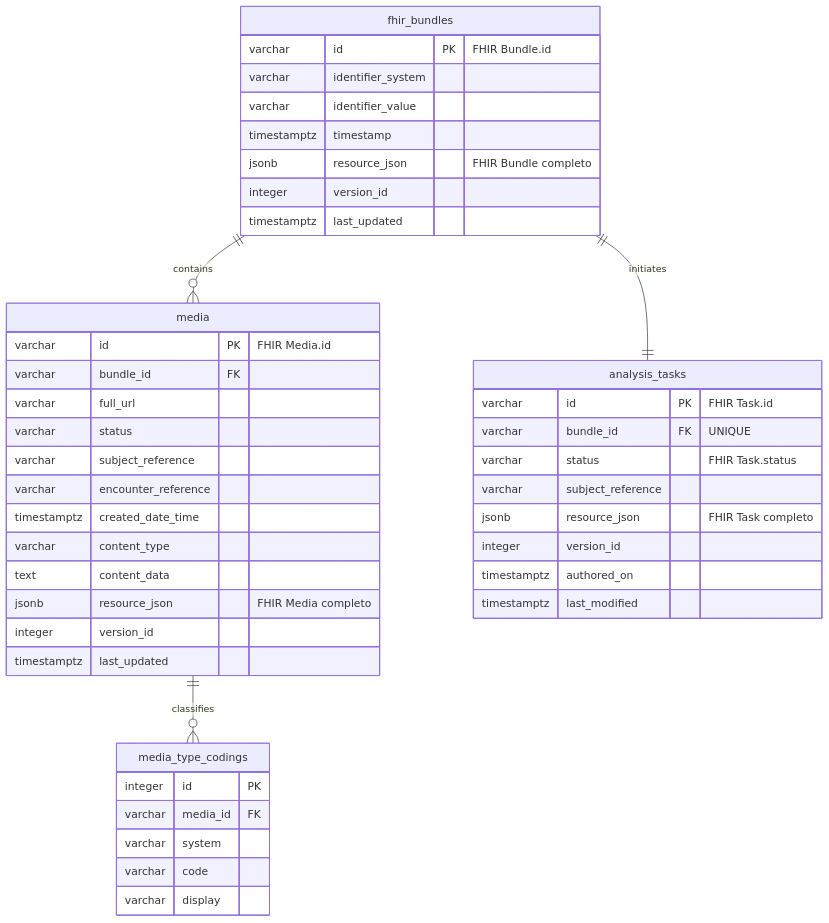
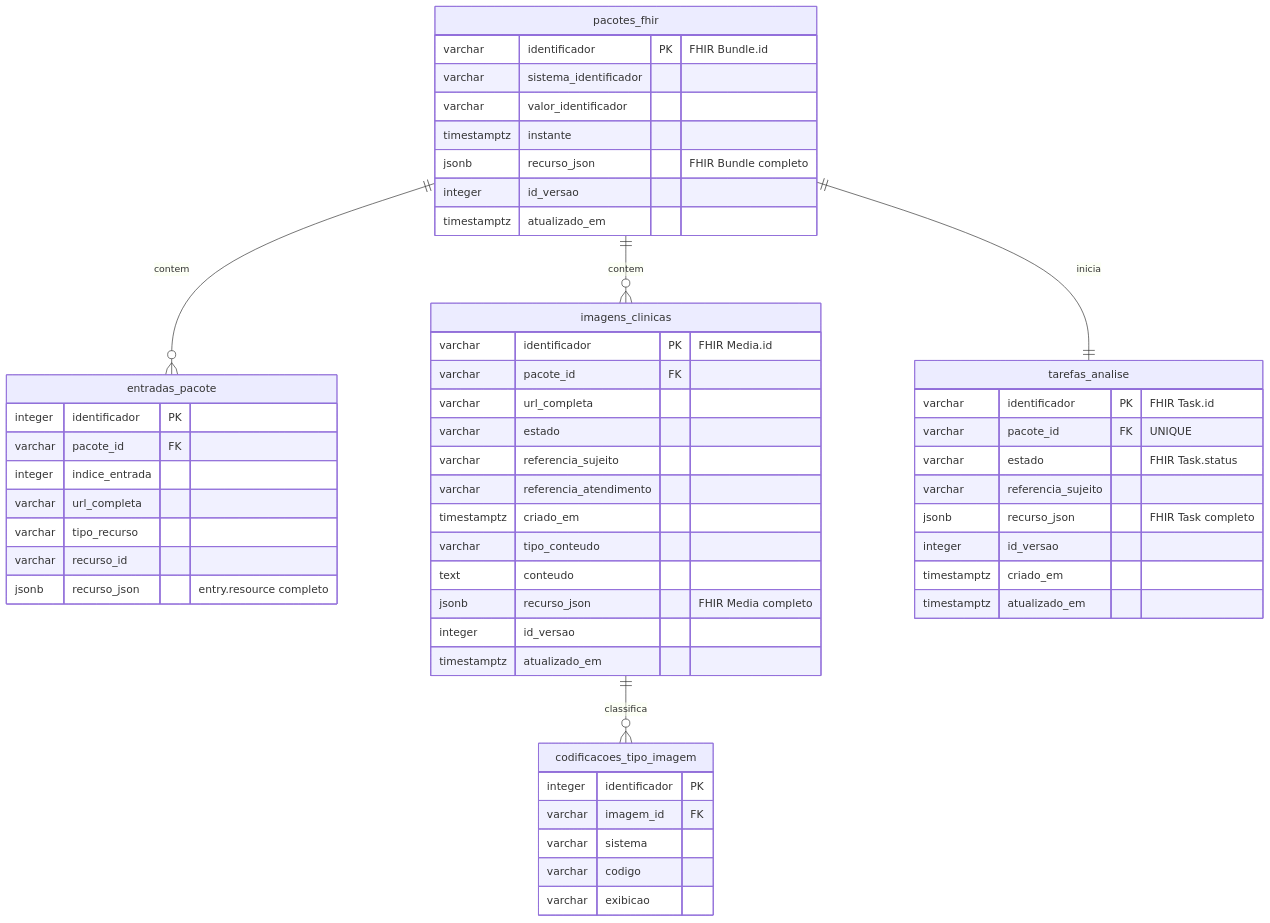
The diagram in README.md (healplus/healplus_intake_image_api), drawn with Mermaid before and after one commit. The commit also changed other lines of this file and 20 other files, not shown here.

````diff
--- a/README.md
+++ b/README.md
@@ -112,50 +423,60 @@
 ```mermaid
 erDiagram
-    fhir_bundles ||--o{ media : contains
-    fhir_bundles ||--|| analysis_tasks : initiates
-    media ||--o{ media_type_codings : classifies
+    pacotes_fhir ||--o{ entradas_pacote : contem
+    pacotes_fhir ||--o{ imagens_clinicas : contem
+    pacotes_fhir ||--|| tarefas_analise : inicia
+    imagens_clinicas ||--o{ codificacoes_tipo_imagem : classifica
 
-    fhir_bundles {
-        varchar id PK "FHIR Bundle.id"
-        varchar identifier_system
-        varchar identifier_value
-        timestamptz timestamp
-        jsonb resource_json "FHIR Bundle completo"
-        integer version_id
-        timestamptz last_updated
+    pacotes_fhir {
+        varchar identificador PK "FHIR Bundle.id"
+        varchar sistema_identificador
+        varchar valor_identificador
+        timestamptz instante
+        jsonb recurso_json "FHIR Bundle completo"
+        integer id_versao
+        timestamptz atualizado_em
+    }
+    entradas_pacote {
+        integer identificador PK
+        varchar pacote_id FK
+        integer indice_entrada
+        varchar url_completa
+        varchar tipo_recurso
+        varchar recurso_id
+        jsonb recurso_json "entry.resource completo"
     }
 
-    media {
-        varchar id PK "FHIR Media.id"
-        varchar bundle_id FK
-        varchar full_url
-        varchar status
-        varchar subject_reference
-        varchar encounter_reference
-        timestamptz created_date_time
-        varchar content_type
-        text content_data
-        jsonb resource_json "FHIR Media completo"
-        integer version_id
-        timestamptz last_updated
+    imagens_clinicas {
+        varchar identificador PK "FHIR Media.id"
+        varchar pacote_id FK
+        varchar url_completa
+        varchar estado
+        varchar referencia_sujeito
+        varchar referencia_atendimento
+        timestamptz criado_em
+        varchar tipo_conteudo
+        text conteudo
+        jsonb recurso_json "FHIR Media completo"
+        integer id_versao
+        timestamptz atualizado_em
     }
 
-    media_type_codings {
-        integer id PK
-        varchar media_id FK
-        varchar system
-        varchar code
-        varchar display
+    codificacoes_tipo_imagem {
+        integer identificador PK
+        varchar imagem_id FK
+        varchar sistema
+        varchar codigo
+        varchar exibicao
     }
 
-    analysis_tasks {
-        varchar id PK "FHIR Task.id"
-        varchar bundle_id FK "UNIQUE"
-        varchar status "FHIR Task.status"
-        varchar subject_reference
-        jsonb resource_json "FHIR Task completo"
-        integer version_id
-        timestamptz authored_on
-        timestamptz last_modified
+    tarefas_analise {
+        varchar identificador PK "FHIR Task.id"
+        varchar pacote_id FK "UNIQUE"
+        varchar estado "FHIR Task.status"
+        varchar referencia_sujeito
+        jsonb recurso_json "FHIR Task completo"
+        integer id_versao
+        timestamptz criado_em
+        timestamptz atualizado_em
     }
 ```
````
